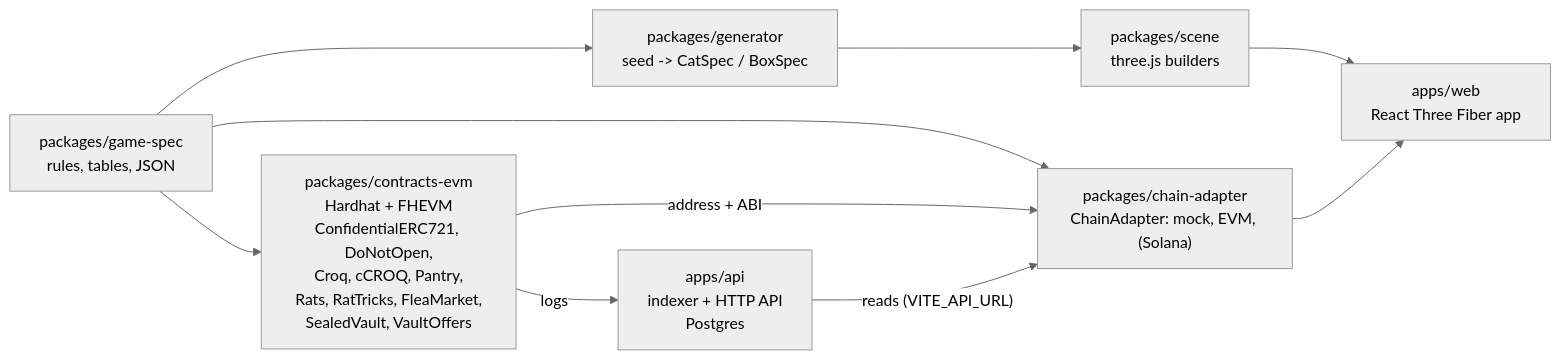
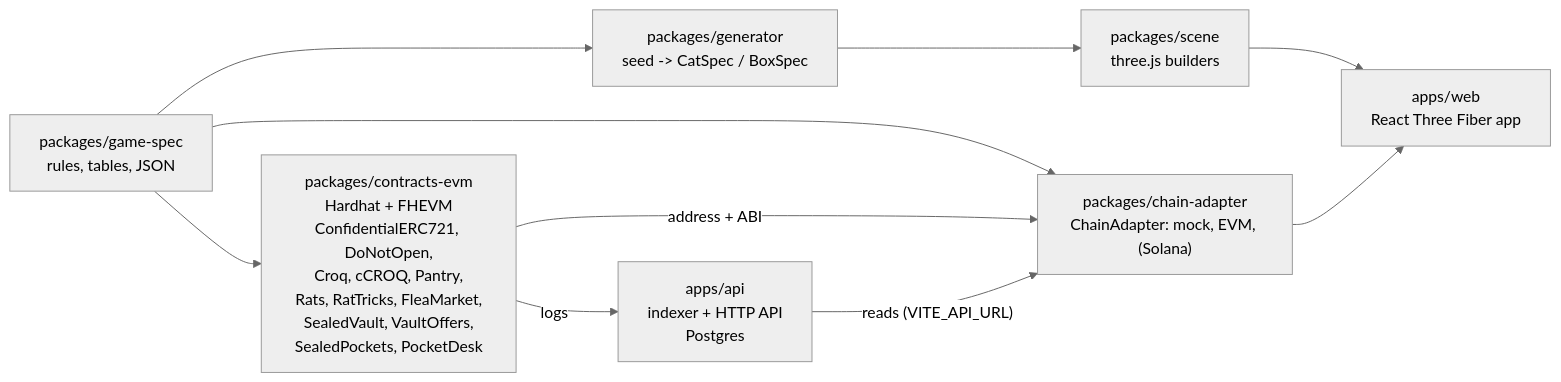
Before and after one commit to jecombe/do_not_open: the second of 2 diagrams in README.md, drawn with Mermaid (neutral theme). The commit also changed other lines of this file and 16 other files, not shown here.

Commit message:
Document the vault's pockets everywhere, let the relayer proxy name them, and test the adapter's pockets against the contracts

````diff
--- a/README.md
+++ b/README.md
@@ -96,16 +98,16 @@
 ```mermaid
 flowchart LR
   spec["packages/game-spec<br/>rules, tables, JSON"]
   gen["packages/generator<br/>seed -> CatSpec / BoxSpec"]
   scene["packages/scene<br/>three.js builders"]
   web["apps/web<br/>React Three Fiber app"]
-  evm["packages/contracts-evm<br/>Hardhat + FHEVM<br/>ConfidentialERC721, DoNotOpen,<br/>Croq, cCROQ, Pantry,<br/>Rats, RatTricks, FleaMarket,<br/>SealedVault, VaultOffers"]
+  evm["packages/contracts-evm<br/>Hardhat + FHEVM<br/>ConfidentialERC721, DoNotOpen,<br/>Croq, cCROQ, Pantry,<br/>Rats, RatTricks, FleaMarket,<br/>SealedVault, VaultOffers,<br/>SealedPockets, PocketDesk"]
   adapter["packages/chain-adapter<br/>ChainAdapter: mock, EVM, (Solana)"]
   api["apps/api<br/>indexer + HTTP API<br/>Postgres"]
 
   spec --> gen --> scene --> web
   spec --> evm
   spec --> adapter
   evm -- address + ABI --> adapter --> web
   evm -- logs --> api -- "reads (VITE_API_URL)" --> adapter
 ```
````
